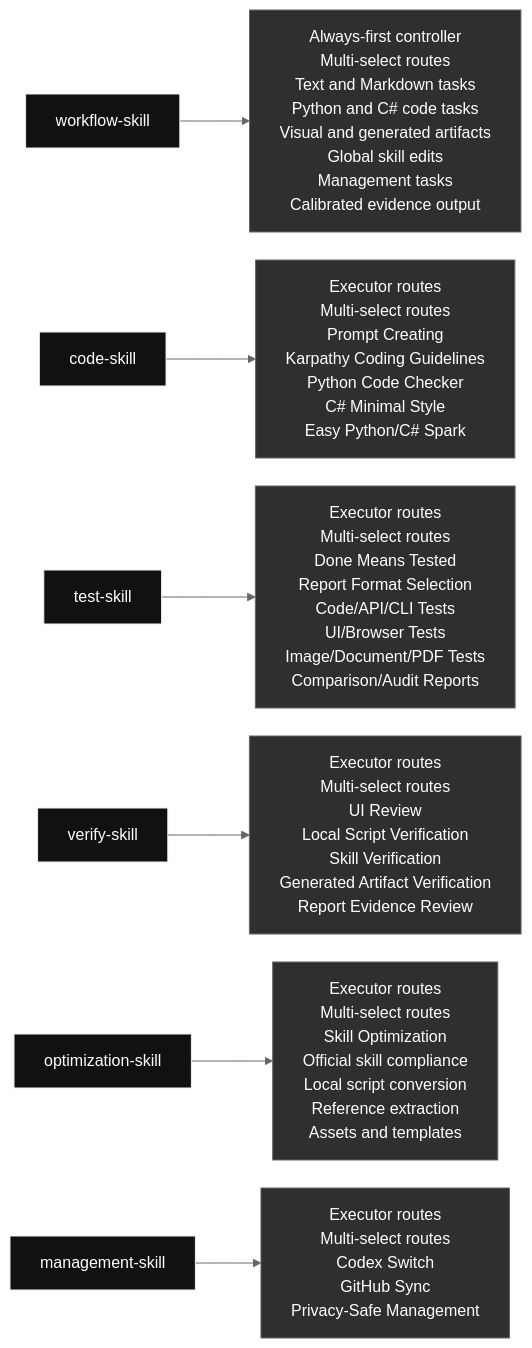
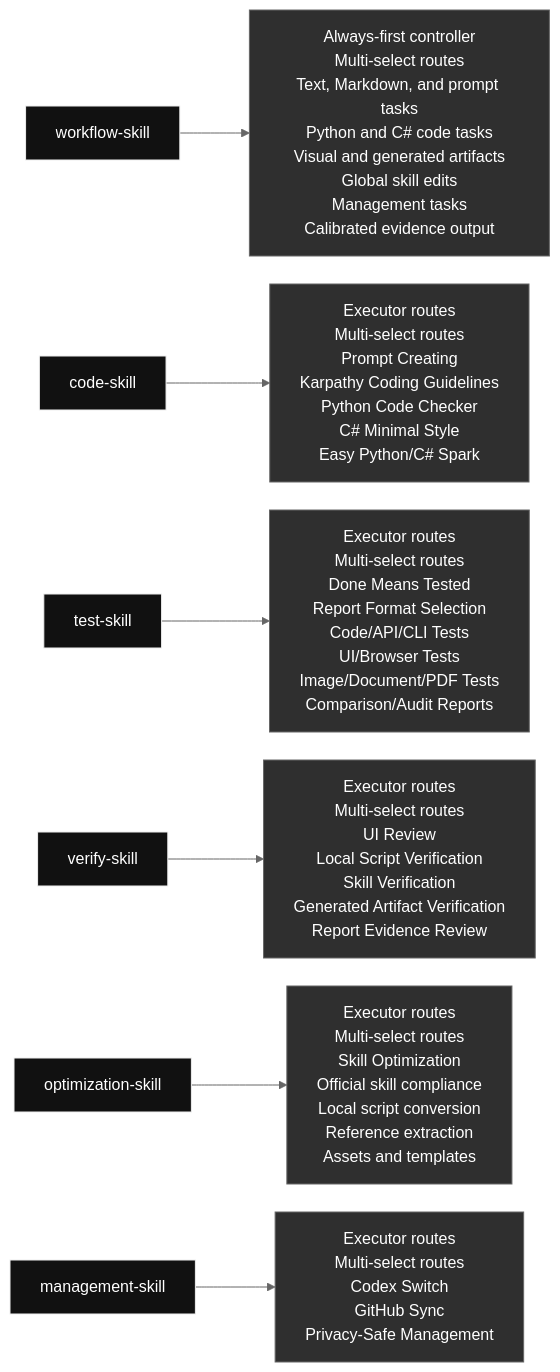
Before and after one commit to qinbatista/qin-codex-skills: the diagram in README.md, drawn with Mermaid (neutral theme). The commit also changed other lines of this file and 8 other files, not shown here.

Commit message:
Route prompt work through workflow skill

````diff
--- a/README.md
+++ b/README.md
@@ -7,14 +7,14 @@
 ```mermaid
 %%{init: {"flowchart": {"nodeSpacing": 28, "rankSpacing": 54, "wrappingWidth": 240}}}%%
 flowchart LR
-  skill_workflow_skill["workflow-skill"] --> inside_workflow_skill["Always-first controller<br/>Multi-select routes<br/>Text and Markdown tasks<br/>Python and C# code tasks<br/>Visual and generated artifacts<br/>Global skill edits<br/>Management tasks<br/>Calibrated evidence output"]
+  skill_workflow_skill["workflow-skill"] --> inside_workflow_skill["Always-first controller<br/>Multi-select routes<br/>Text, Markdown, and prompt tasks<br/>Python and C# code tasks<br/>Visual and generated artifacts<br/>Global skill edits<br/>Management tasks<br/>Calibrated evidence output"]
   skill_code_skill["code-skill"] --> inside_code_skill["Executor routes<br/>Multi-select routes<br/>Prompt Creating<br/>Karpathy Coding Guidelines<br/>Python Code Checker<br/>C# Minimal Style<br/>Easy Python/C# Spark"]
   skill_test_skill["test-skill"] --> inside_test_skill["Executor routes<br/>Multi-select routes<br/>Done Means Tested<br/>Report Format Selection<br/>Code/API/CLI Tests<br/>UI/Browser Tests<br/>Image/Document/PDF Tests<br/>Comparison/Audit Reports"]
   skill_verify_skill["verify-skill"] --> inside_verify_skill["Executor routes<br/>Multi-select routes<br/>UI Review<br/>Local Script Verification<br/>Skill Verification<br/>Generated Artifact Verification<br/>Report Evidence Review"]
   skill_optimization_skill["optimization-skill"] --> inside_optimization_skill["Executor routes<br/>Multi-select routes<br/>Skill Optimization<br/>Official skill compliance<br/>Local script conversion<br/>Reference extraction<br/>Assets and templates"]
   skill_management_skill["management-skill"] --> inside_management_skill["Executor routes<br/>Multi-select routes<br/>Codex Switch<br/>GitHub Sync<br/>Privacy-Safe Management"]
   classDef skill fill:#111,color:#fff,stroke:#eee;
   classDef content fill:#2f2f2f,color:#fff,stroke:#666;
   class skill_workflow_skill,skill_code_skill,skill_test_skill,skill_verify_skill,skill_optimization_skill,skill_management_skill skill;
   class inside_workflow_skill,inside_code_skill,inside_test_skill,inside_verify_skill,inside_optimization_skill,inside_management_skill content;
 ```
````
